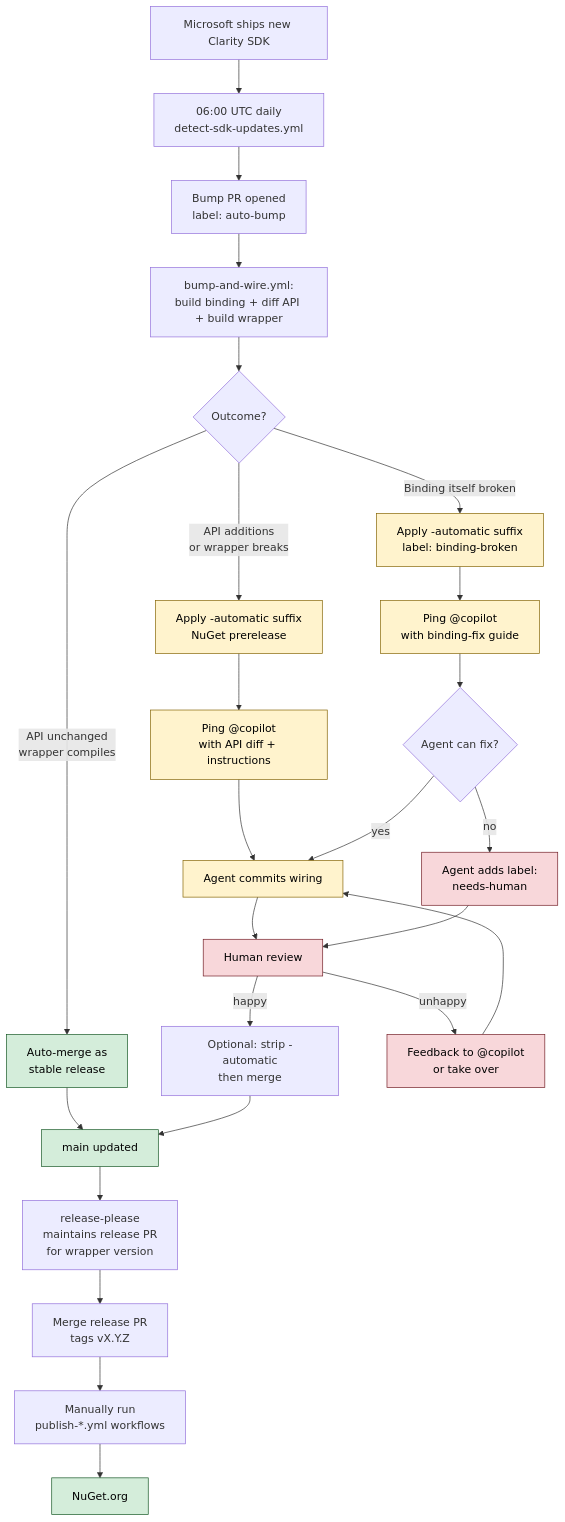
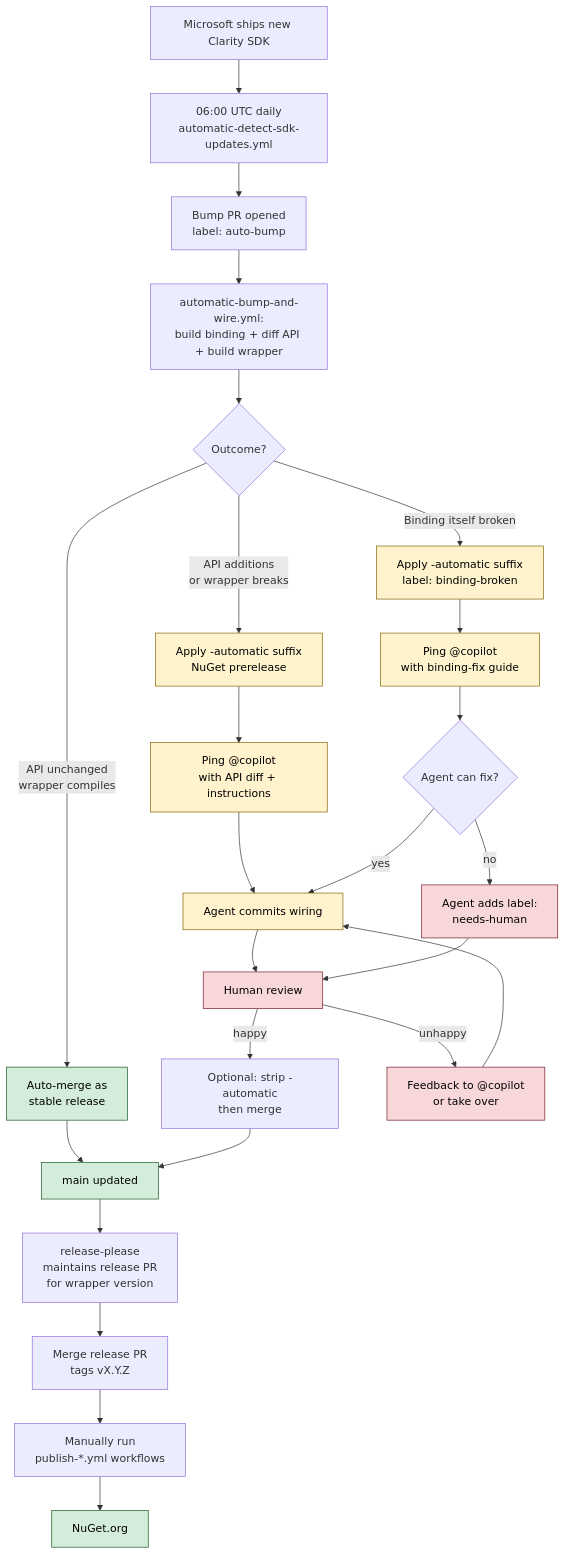
One commit to Kebechet/Maui.MicrosoftClarity changed the diagram in README.md. Above: the diagram before and after it, drawn with Mermaid. The commit also changed 5 other files, not shown here.

````diff
--- a/README.md
+++ b/README.md
@@ -61,40 +61,40 @@
 ```mermaid
 flowchart TD
-    A[Microsoft ships new Clarity SDK] --> B[06:00 UTC daily<br/>detect-sdk-updates.yml]
+    A[Microsoft ships new Clarity SDK] --> B[06:00 UTC daily<br/>automatic-detect-sdk-updates.yml]
     B --> C[Bump PR opened<br/>label: auto-bump]
-    C --> D[bump-and-wire.yml:<br/>build binding + diff API + build wrapper]
+    C --> D[automatic-bump-and-wire.yml:<br/>build binding + diff API + build wrapper]
 
     D --> E{Outcome?}
 
     E -->|API unchanged<br/>wrapper compiles| F[Auto-merge as<br/>stable release]
     E -->|API additions<br/>or wrapper breaks| G[Apply -automatic suffix<br/>NuGet prerelease]
     E -->|Binding itself broken| H[Apply -automatic suffix<br/>label: binding-broken]
 
     G --> I[Ping @copilot<br/>with API diff + instructions]
     H --> J[Ping @copilot<br/>with binding-fix guide]
 
     I --> K[Agent commits wiring]
     J --> L{Agent can fix?}
     L -->|yes| K
     L -->|no| M[Agent adds label:<br/>needs-human]
 
     K --> N[Human review]
     M --> N
     F --> O[main updated]
     N -->|happy| P[Optional: strip -automatic<br/>then merge]
     N -->|unhappy| Q[Feedback to @copilot<br/>or take over]
     P --> O
     Q --> K
 
     O --> R[release-please<br/>maintains release PR<br/>for wrapper version]
     R --> S[Merge release PR<br/>tags vX.Y.Z]
     S --> T[Manually run<br/>publish-*.yml workflows]
     T --> U[NuGet.org]
 
     classDef happy fill:#d4edda,stroke:#155724,color:#000
     classDef warn fill:#fff3cd,stroke:#856404,color:#000
     classDef human fill:#f8d7da,stroke:#721c24,color:#000
     class F,O,U happy
     class G,H,I,J,K warn
     class M,N,Q human
 ```
````
